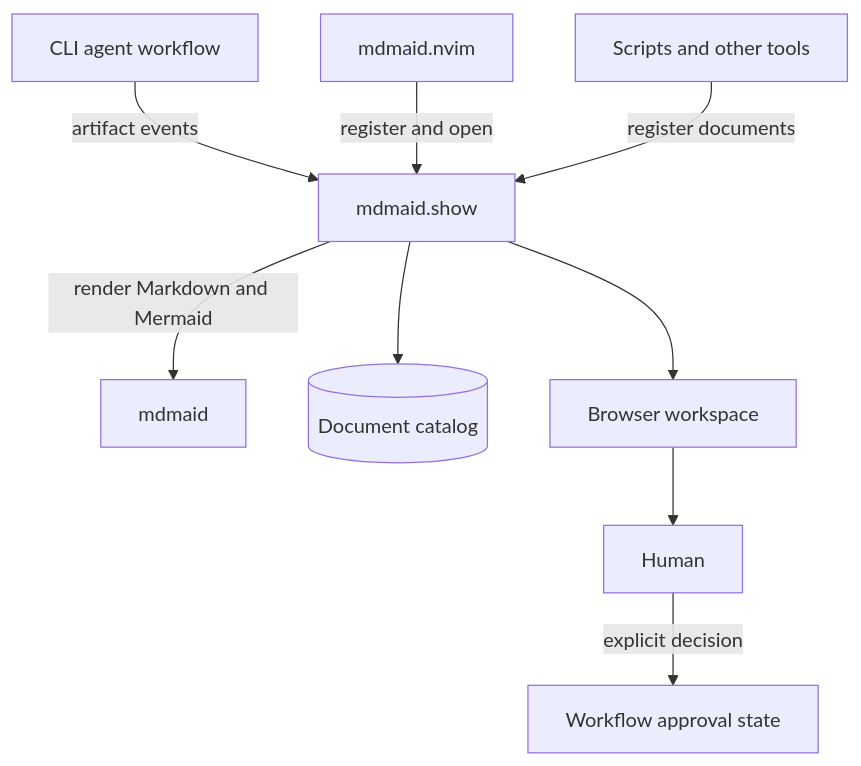
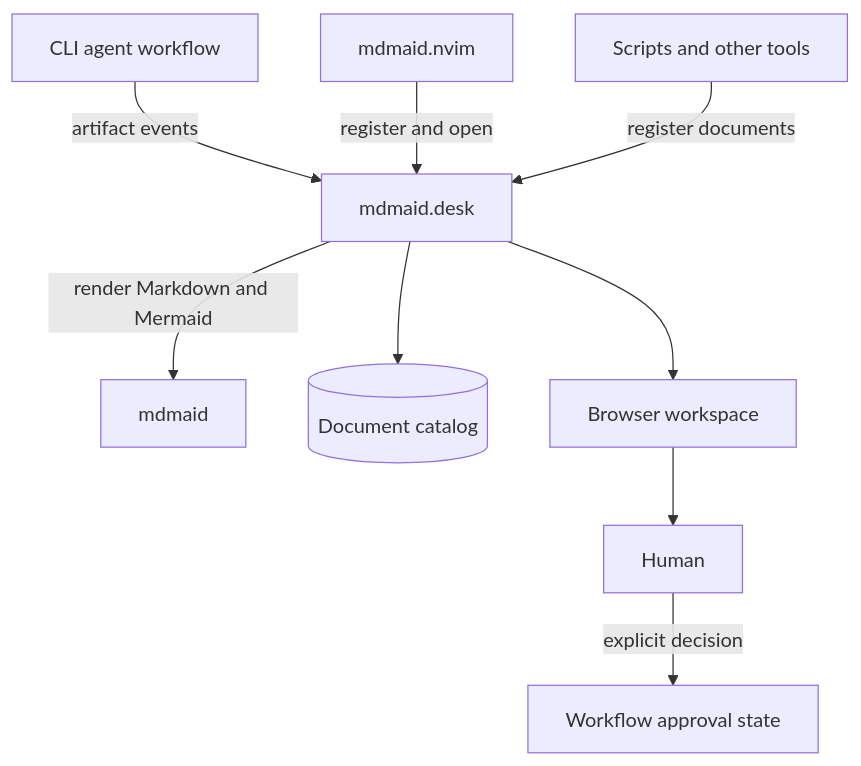
Before and after one commit to riidii-md/agentnyk-maisternia: the diagram in docs/MDMAID-PROJECT-BOUNDARIES.md, drawn with Mermaid. The commit also changed other lines of this file and 13 other files, not shown here.

Commit message:
fix: make mdmaid.desk the default reading hub

````diff
--- a/docs/MDMAID-PROJECT-BOUNDARIES.md
+++ b/docs/MDMAID-PROJECT-BOUNDARIES.md
@@ -29,11 +30,11 @@
 ```mermaid
 flowchart TD
-    A[CLI agent workflow] -->|artifact events| S[mdmaid.show]
+    A[CLI agent workflow] -->|artifact events| S[mdmaid.desk]
     N[mdmaid.nvim] -->|register and open| S
     X[Scripts and other tools] -->|register documents| S
     S -->|render Markdown and Mermaid| M[mdmaid]
     S --> C[(Document catalog)]
     S --> B[Browser workspace]
     B --> H[Human]
     H -->|explicit decision| W[Workflow approval state]
 ```
````
